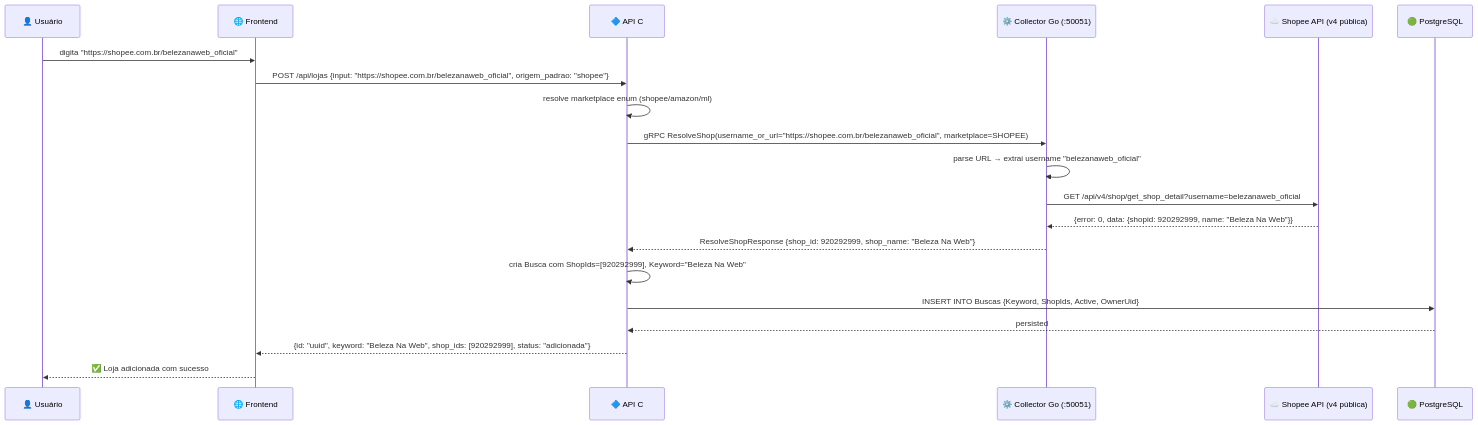
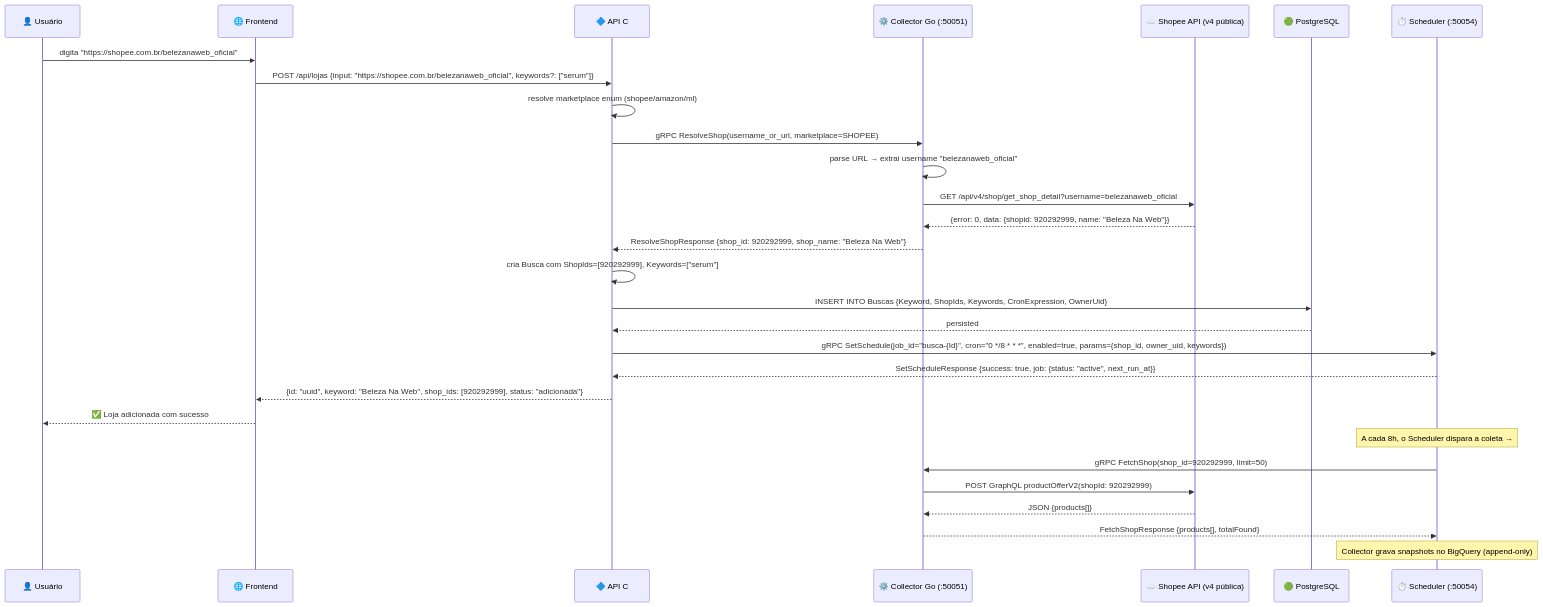
One commit to fmarquesfilho/garimpo changed the fifth of 11 diagrams in docs/08-fluxos-sequencia.md. Above: the diagram before and after it, drawn with Mermaid. The commit also changed other lines of this file and 1 other file, not shown here.

First line of the commit message:
docs: atualizar fluxos com pipeline completo pós-agendamento

````diff
--- a/docs/08-fluxos-sequencia.md
+++ b/docs/08-fluxos-sequencia.md
@@ -237,23 +237,33 @@
 ```mermaid
 sequenceDiagram
     participant U as 👤 Usuário
     participant F as 🌐 Frontend
     participant A as 🔷 API C# (:8080)
     participant C as ⚙️ Collector Go (:50051)
     participant S as ☁️ Shopee API (v4 pública)
     participant PG as 🟢 PostgreSQL
+    participant SC as ⏱️ Scheduler (:50054)
 
     U->>F: digita "https://shopee.com.br/belezanaweb_oficial"
-    F->>A: POST /api/lojas {input: "https://shopee.com.br/belezanaweb_oficial", origem_padrao: "shopee"}
+    F->>A: POST /api/lojas {input: "https://shopee.com.br/belezanaweb_oficial", keywords?: ["serum"]}
     A->>A: resolve marketplace enum (shopee/amazon/ml)
-    A->>C: gRPC ResolveShop(username_or_url="https://shopee.com.br/belezanaweb_oficial", marketplace=SHOPEE)
+    A->>C: gRPC ResolveShop(username_or_url, marketplace=SHOPEE)
     C->>C: parse URL → extrai username "belezanaweb_oficial"
     C->>S: GET /api/v4/shop/get_shop_detail?username=belezanaweb_oficial
     S-->>C: {error: 0, data: {shopid: 920292999, name: "Beleza Na Web"}}
     C-->>A: ResolveShopResponse {shop_id: 920292999, shop_name: "Beleza Na Web"}
-    A->>A: cria Busca com ShopIds=[920292999], Keyword="Beleza Na Web"
-    A->>PG: INSERT INTO Buscas {Keyword, ShopIds, Active, OwnerUid}
+    A->>A: cria Busca com ShopIds=[920292999], Keywords=["serum"]
+    A->>PG: INSERT INTO Buscas {Keyword, ShopIds, Keywords, CronExpression, OwnerUid}
     PG-->>A: persisted
+    A->>SC: gRPC SetSchedule(job_id="busca-{Id}", cron="0 */8 * * *", enabled=true, params={shop_id, owner_uid, keywords})
+    SC-->>A: SetScheduleResponse {success: true, job: {status: "active", next_run_at}}
     A-->>F: {id: "uuid", keyword: "Beleza Na Web", shop_ids: [920292999], status: "adicionada"}
     F-->>U: ✅ Loja adicionada com sucesso
+
+    Note over SC: A cada 8h, o Scheduler dispara a coleta →
+    SC->>C: gRPC FetchShop(shop_id=920292999, limit=50)
+    C->>S: POST GraphQL productOfferV2(shopId: 920292999)
+    S-->>C: JSON {products[]}
+    C-->>SC: FetchShopResponse {products[], totalFound}
+    Note over SC: Collector grava snapshots no BigQuery (append-only)
 ```
````
